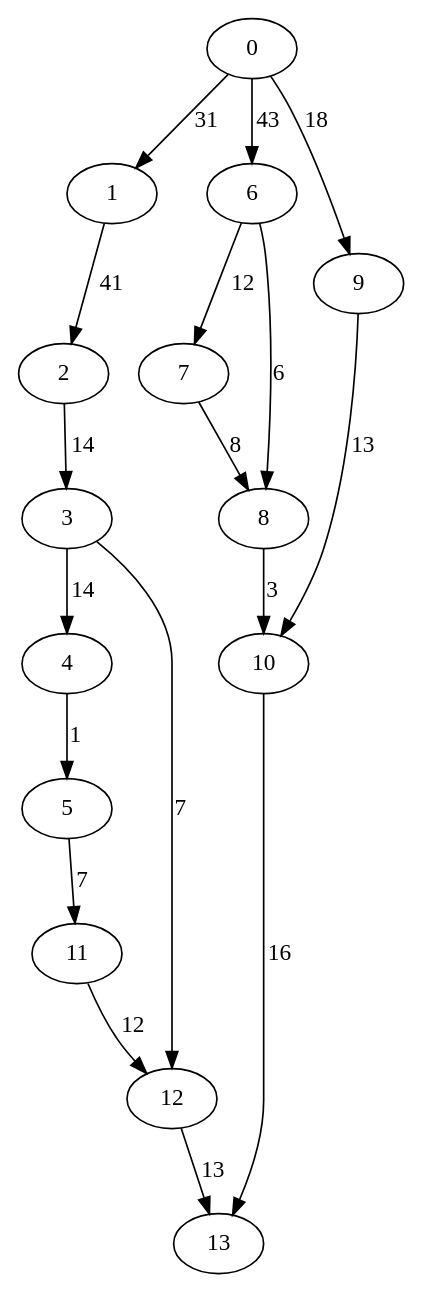
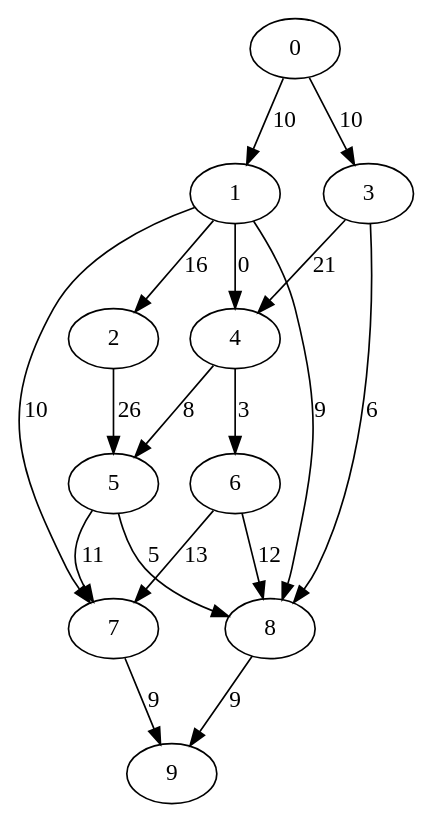
The diagram in dotfiles/data0.dot (asaloniti/DagScheduling_old), drawn with Graphviz before and after one commit. The commit also changed 43 other files, not shown here.

```diff
--- a/dotfiles/data0.dot
+++ b/dotfiles/data0.dot
@@ -1,19 +1,19 @@
 digraph data0 {
-0 -> 1 [ label = 31 ];
-0 -> 6 [ label = 43 ];
-0 -> 9 [ label = 18 ];
-1 -> 2 [ label = 41 ];
-2 -> 3 [ label = 14 ];
-3 -> 4 [ label = 14 ];
-3 -> 12 [ label = 7 ];
-4 -> 5 [ label = 1 ];
-5 -> 11 [ label = 7 ];
-6 -> 7 [ label = 12 ];
-6 -> 8 [ label = 6 ];
-7 -> 8 [ label = 8 ];
-8 -> 10 [ label = 3 ];
-9 -> 10 [ label = 13 ];
-10 -> 13 [ label = 16 ];
-11 -> 12 [ label = 12 ];
-12 -> 13 [ label = 13 ];
+0 -> 1 [ label = 10 ];
+0 -> 3 [ label = 10 ];
+1 -> 2 [ label = 16 ];
+1 -> 4 [ label = 0 ];
+1 -> 7 [ label = 10 ];
+1 -> 8 [ label = 9 ];
+2 -> 5 [ label = 26 ];
+3 -> 4 [ label = 21 ];
+3 -> 8 [ label = 6 ];
+4 -> 5 [ label = 8 ];
+4 -> 6 [ label = 3 ];
+5 -> 7 [ label = 11 ];
+5 -> 8 [ label = 5 ];
+6 -> 7 [ label = 13 ];
+6 -> 8 [ label = 12 ];
+7 -> 9 [ label = 9 ];
+8 -> 9 [ label = 9 ];
  }
```
